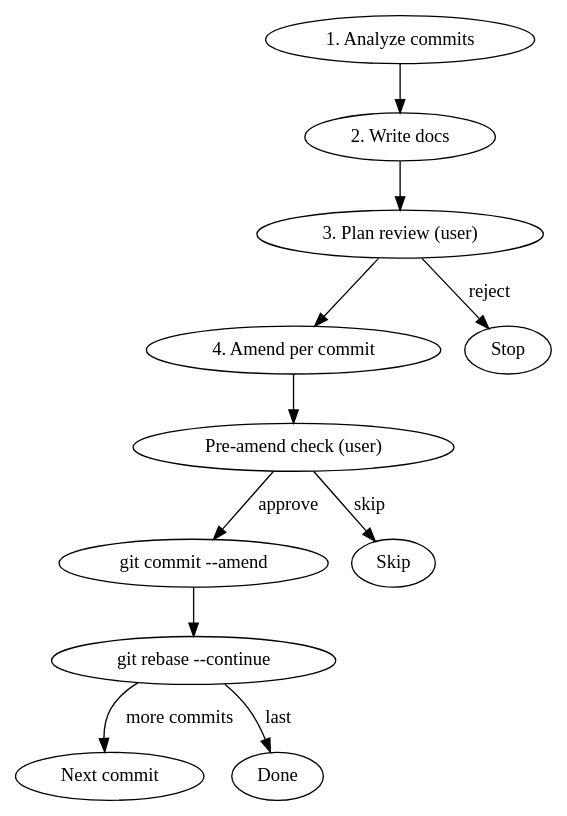
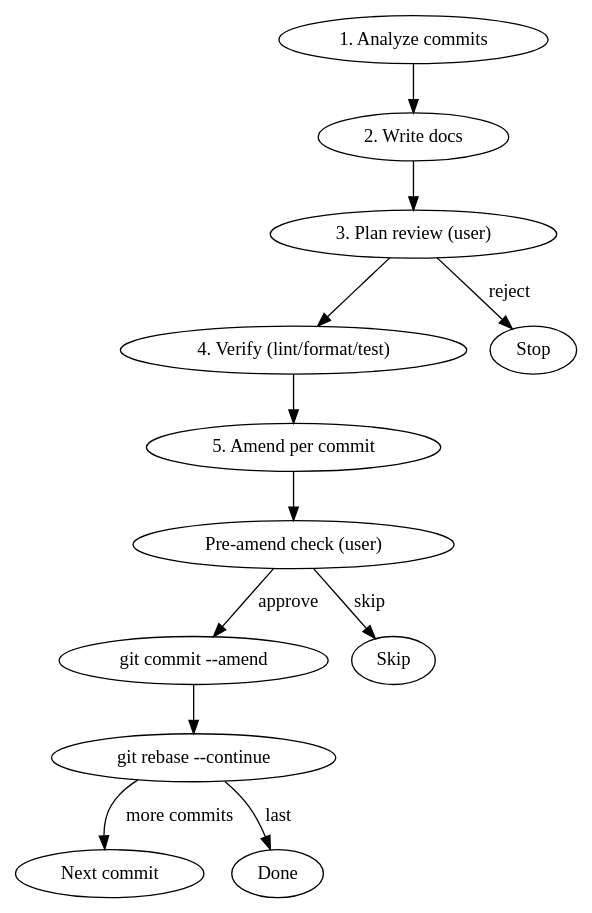
Before and after one commit to vlossom-ui/vlossom: the diagram in .claude/skills/doc-amend/SKILL.md, drawn with Graphviz. The commit also changed other lines of this file, not shown here.

````diff
--- a/.claude/skills/doc-amend/SKILL.md
+++ b/.claude/skills/doc-amend/SKILL.md
@@ -24,14 +24,15 @@
 ```dot
 digraph doc_amend {
     "1. Analyze commits" -> "2. Write docs";
     "2. Write docs" -> "3. Plan review (user)";
-    "3. Plan review (user)" -> "4. Amend per commit";
+    "3. Plan review (user)" -> "4. Verify (lint/format/test)";
     "3. Plan review (user)" -> "Stop" [label="reject"];
-    "4. Amend per commit" -> "Pre-amend check (user)";
+    "4. Verify (lint/format/test)" -> "5. Amend per commit";
+    "5. Amend per commit" -> "Pre-amend check (user)";
     "Pre-amend check (user)" -> "git commit --amend" [label="approve"];
     "Pre-amend check (user)" -> "Skip" [label="skip"];
     "git commit --amend" -> "git rebase --continue";
     "git rebase --continue" -> "Next commit" [label="more commits"];
     "git rebase --continue" -> "Done" [label="last"];
 }
 ```
````
